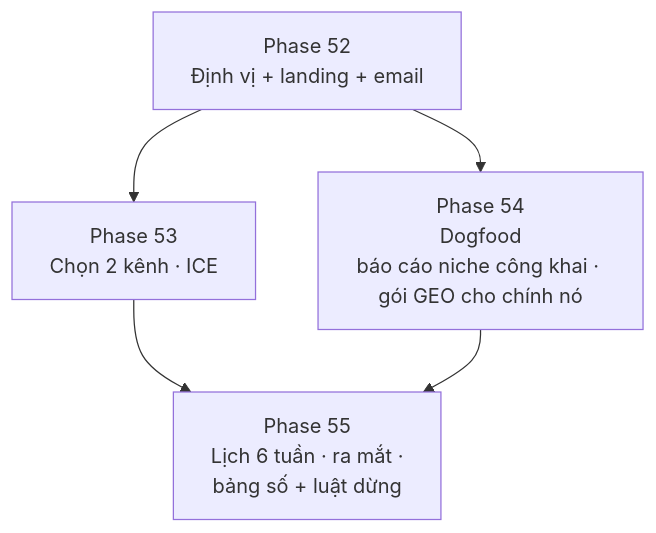
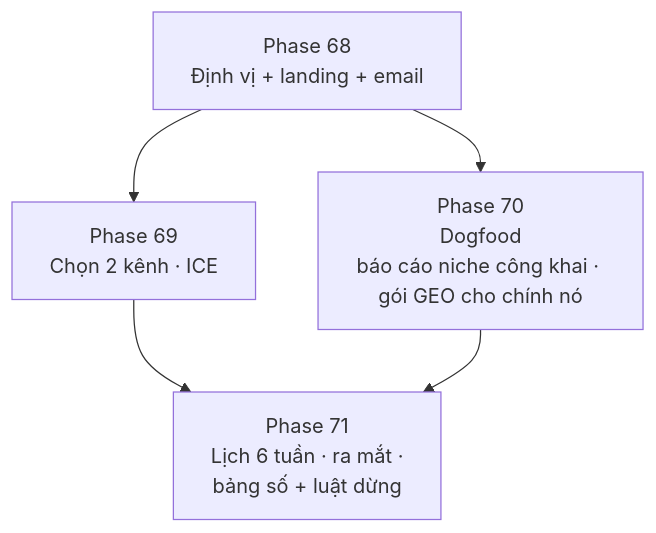
The diagram in docs/web/version-11.md (nvminhtu/niche-radar-docs), drawn with Mermaid before and after one commit. The commit also changed other lines of this file and 206 other files, not shown here.

Commit message:
docs: Phase 9b Reddit Gap + Phase 10–25 làm kỹ tính năng chính, số phase cũ lùi 16

````diff
--- a/docs/web/version-11.md
+++ b/docs/web/version-11.md
@@ -21,6 +21,6 @@
 ```mermaid
 flowchart TB
-  P[Phase 52<br/>Định vị + landing + email] --> C[Phase 53<br/>Chọn 2 kênh · ICE]
-  P --> D[Phase 54<br/>Dogfood<br/>báo cáo niche công khai · gói GEO cho chính nó]
-  C & D --> S[Phase 55<br/>Lịch 6 tuần · ra mắt ·<br/>bảng số + luật dừng]
+  P[Phase 68<br/>Định vị + landing + email] --> C[Phase 69<br/>Chọn 2 kênh · ICE]
+  P --> D[Phase 70<br/>Dogfood<br/>báo cáo niche công khai · gói GEO cho chính nó]
+  C & D --> S[Phase 71<br/>Lịch 6 tuần · ra mắt ·<br/>bảng số + luật dừng]
 ```
````
